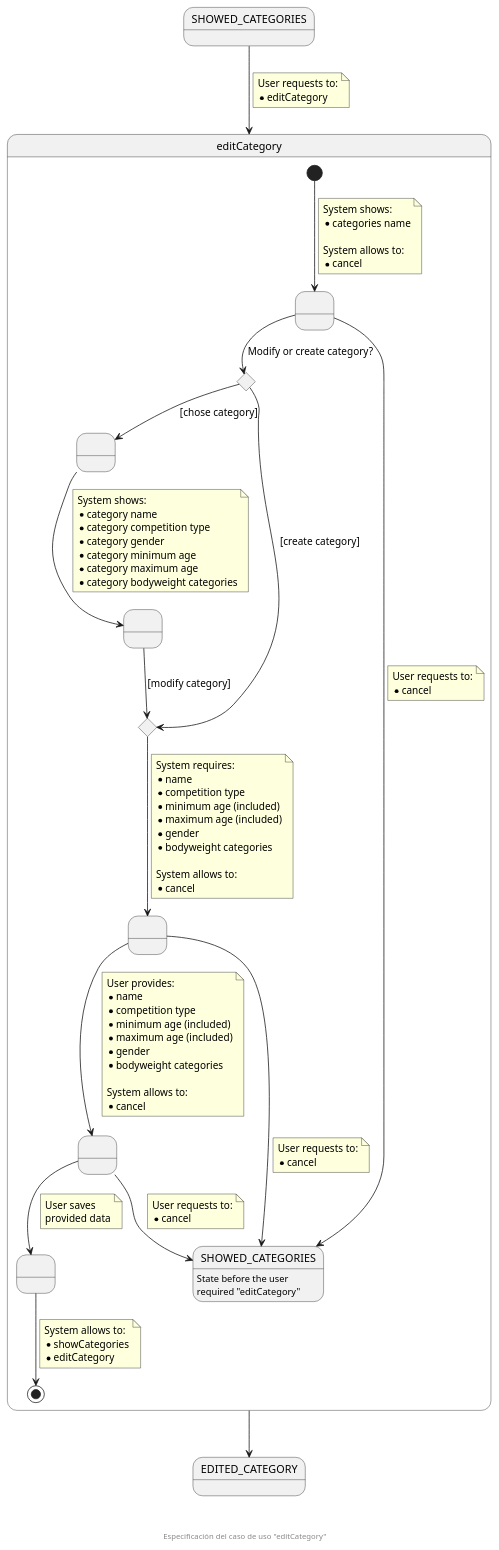
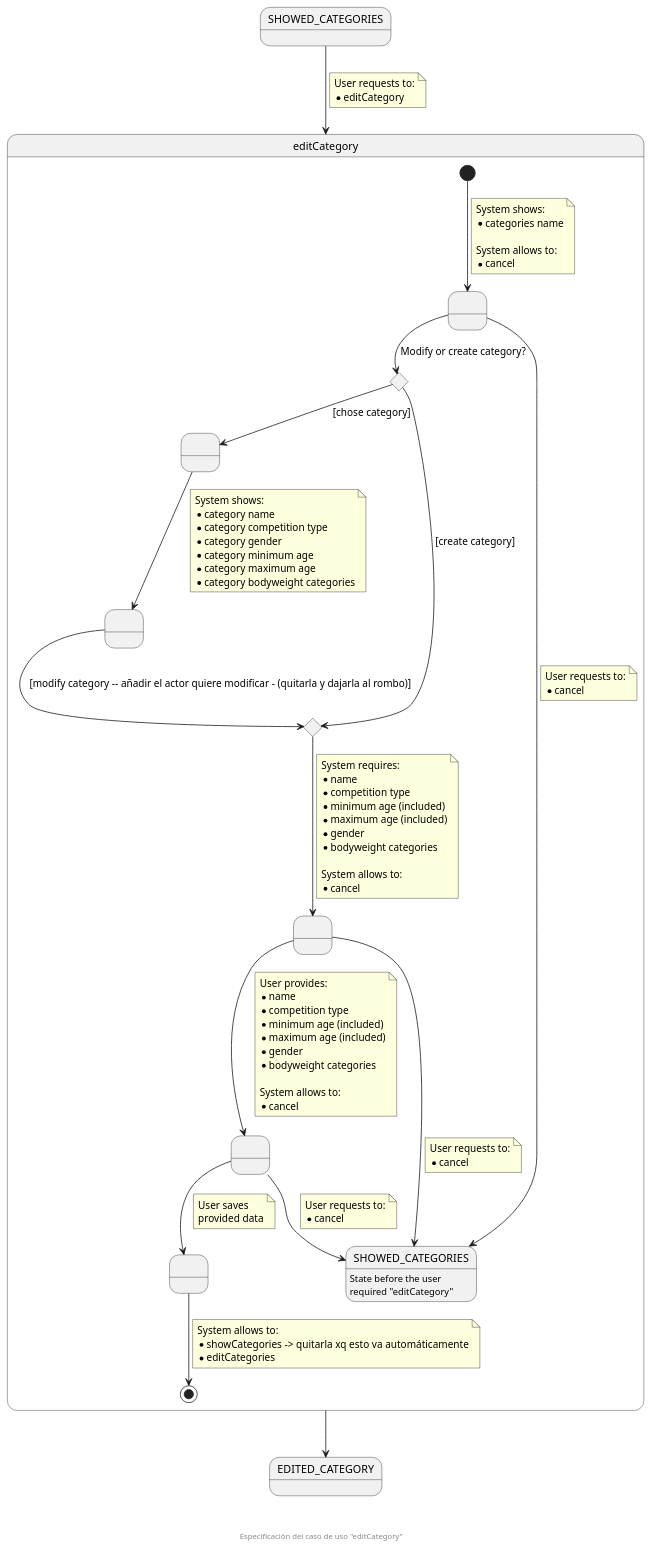
Before and after one commit to zuldare/mastercloud_pfm_halterocms: the diagram in documentation/diagrams/1_requirements/3_useCasesSpecification/organizationSecretary/03_editCategory.puml, drawn with PlantUML. The commit also changed 6 other files, not shown here.

```diff
--- a/documentation/diagrams/1_requirements/3_useCasesSpecification/organizationSecretary/03_editCategory.puml
+++ b/documentation/diagrams/1_requirements/3_useCasesSpecification/organizationSecretary/03_editCategory.puml
@@ -1,106 +1,106 @@
 @startuml
 state SHOWED_CATEGORIES
 state editCategory {
   state " " as SHOWED_CATEGORIES_TO_BE_EDITED
   state createOrModifyCHC <<choice>>
   state " " as providedCategory
   state " " as showedData
   state createOrModifyCHC2 <<choice>>
   state " " as pendingData
   state " " as providedData
   state " " as savedData
   [*] --> SHOWED_CATEGORIES_TO_BE_EDITED
   note on link
     System shows:
     * categories name
 
     System allows to:
     * cancel
   end note
 
   SHOWED_CATEGORIES_TO_BE_EDITED --> createOrModifyCHC : Modify or create category?
 
   SHOWED_CATEGORIES_TO_BE_EDITED --> SHOWED_CATEGORIES_F
   note on link
     User requests to:
     * cancel
   end note
 
   createOrModifyCHC --> providedCategory : [chose category]
   createOrModifyCHC --> createOrModifyCHC2 : [create category]
   providedCategory --> showedData
   note on link
     System shows:
     * category name
     * category competition type
     * category gender
     * category minimum age
     * category maximum age
     * category bodyweight categories
   end note
-  showedData --> createOrModifyCHC2 : [modify category]
+  showedData --> createOrModifyCHC2 : [modify category -- añadir el actor quiere modificar - (quitarla y dajarla al rombo)]
   createOrModifyCHC2 --> pendingData
   note on link
     System requires:
     * name
     * competition type
     * minimum age (included)
     * maximum age (included)
     * gender
     * bodyweight categories
 
     System allows to:
     * cancel
   end note
   pendingData --> SHOWED_CATEGORIES_F
   note on link
     User requests to:
     * cancel
   end note
 
   pendingData --> providedData
   note on link
     User provides:
     * name
     * competition type
     * minimum age (included)
     * maximum age (included)
     * gender
     * bodyweight categories
 
     System allows to:
     * cancel
   end note
 
   providedData --> savedData
   note on link
     User saves 
     provided data
   end note
 
   providedData --> SHOWED_CATEGORIES_F
   note on link
     User requests to:
     * cancel
   end note
 
   savedData --> [*]
   note on link
     System allows to:
-    * showCategories
-    * editCategory
+    * showCategories -> quitarla xq esto va automáticamente
+    * editCategories
   end note
 }
 state EDITED_CATEGORY
 state "SHOWED_CATEGORIES" as SHOWED_CATEGORIES_F : State before the user\nrequired "editCategory"
 
 SHOWED_CATEGORIES --> editCategory
 note on link
   User requests to:
   * editCategory
 end note
 
 editCategory --> EDITED_CATEGORY
 
 footer \n\n\n Especificación del caso de uso "editCategory"
 @enduml
```
